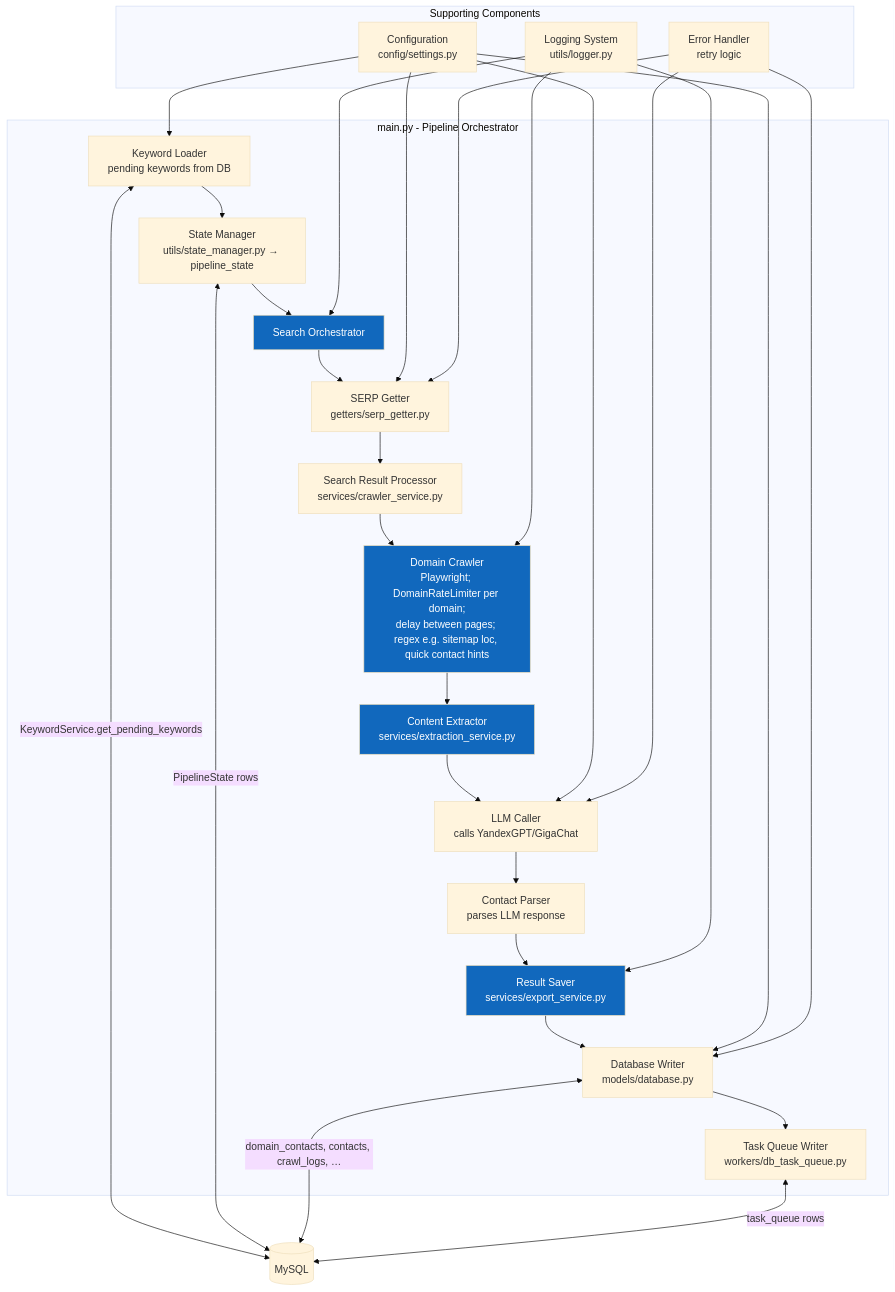
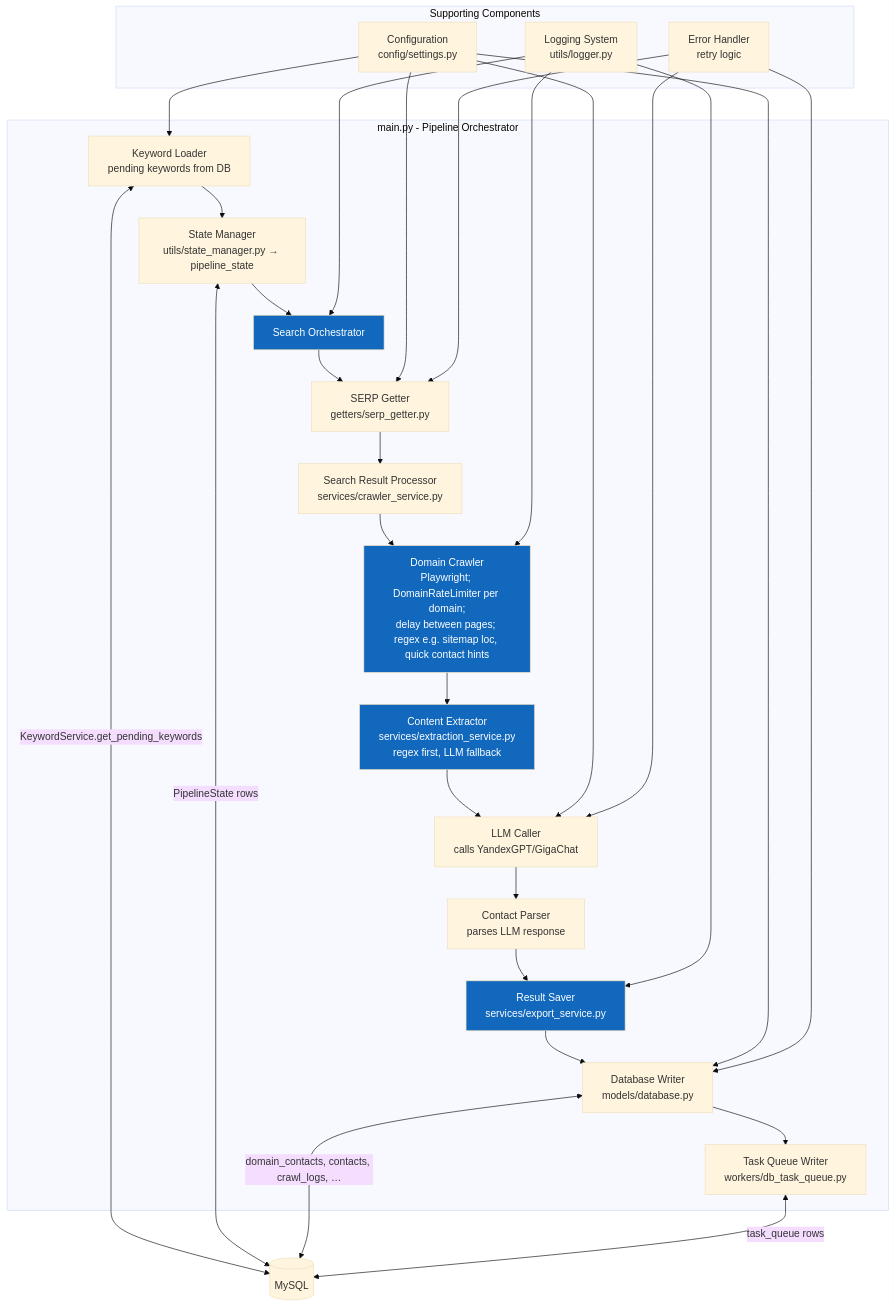
One commit to hauptmann1971/b2b-contact-miner changed the third of 8 diagrams in doc/C4_ARCHITECTURE.md. Above: the diagram before and after it, drawn with Mermaid (base theme). The commit also changed other lines of this file and 1 other file, not shown here.

Commit message:
docs(c4): document regex-first extraction with LLM fallback

````diff
--- a/doc/C4_ARCHITECTURE.md
+++ b/doc/C4_ARCHITECTURE.md
@@ -86,51 +86,51 @@
 ```mermaid
 graph TB
     subgraph "main.py - Pipeline Orchestrator"
         KeywordLoader[Keyword Loader<br/>pending keywords from DB] --> StateManager[State Manager<br/>utils/state_manager.py → pipeline_state]
         StateManager --> SearchOrchestrator[Search Orchestrator]
         
         SearchOrchestrator --> SERPGetter[SERP Getter<br/>getters/serp_getter.py]
         SERPGetter --> SearchResultProcessor[Search Result Processor<br/>services/crawler_service.py]
         
         SearchResultProcessor --> DomainCrawler[Domain Crawler<br/>Playwright; DomainRateLimiter per domain;<br/>delay between pages; regex e.g. sitemap loc, quick contact hints]
-        DomainCrawler --> ContentExtractor[Content Extractor<br/>services/extraction_service.py]
+        DomainCrawler --> ContentExtractor[Content Extractor<br/>services/extraction_service.py<br/>regex first, LLM fallback]
         
         ContentExtractor --> LLMCaller[LLM Caller<br/>calls YandexGPT/GigaChat]
         LLMCaller --> ContactParser[Contact Parser<br/>parses LLM response]
         
         ContactParser --> ResultSaver[Result Saver<br/>services/export_service.py]
         ResultSaver --> DBWriter[Database Writer<br/>models/database.py]
         
         DBWriter --> TaskQueueWriter[Task Queue Writer<br/>workers/db_task_queue.py]
     end
     
     MySQL[(MySQL)]
     KeywordLoader <-->|KeywordService.get_pending_keywords| MySQL
     StateManager <-->|PipelineState rows| MySQL
     DBWriter <-->|domain_contacts, contacts, crawl_logs, …| MySQL
     TaskQueueWriter <-->|task_queue rows| MySQL
     
     subgraph "Supporting Components"
         Config[Configuration<br/>config/settings.py]
         Logger[Logging System<br/>utils/logger.py]
         ErrorHandler[Error Handler<br/>retry logic]
     end
     
     Config --> KeywordLoader
     Config --> SERPGetter
     Config --> LLMCaller
     Config --> DBWriter
     
     Logger --> SearchOrchestrator
     Logger --> DomainCrawler
     Logger --> ResultSaver
     
     ErrorHandler --> SERPGetter
     ErrorHandler --> LLMCaller
     ErrorHandler --> DBWriter
     
     style SearchOrchestrator fill:#1168bd,color:#fff
     style DomainCrawler fill:#1168bd,color:#fff
     style ContentExtractor fill:#1168bd,color:#fff
     style ResultSaver fill:#1168bd,color:#fff
 ```
````
